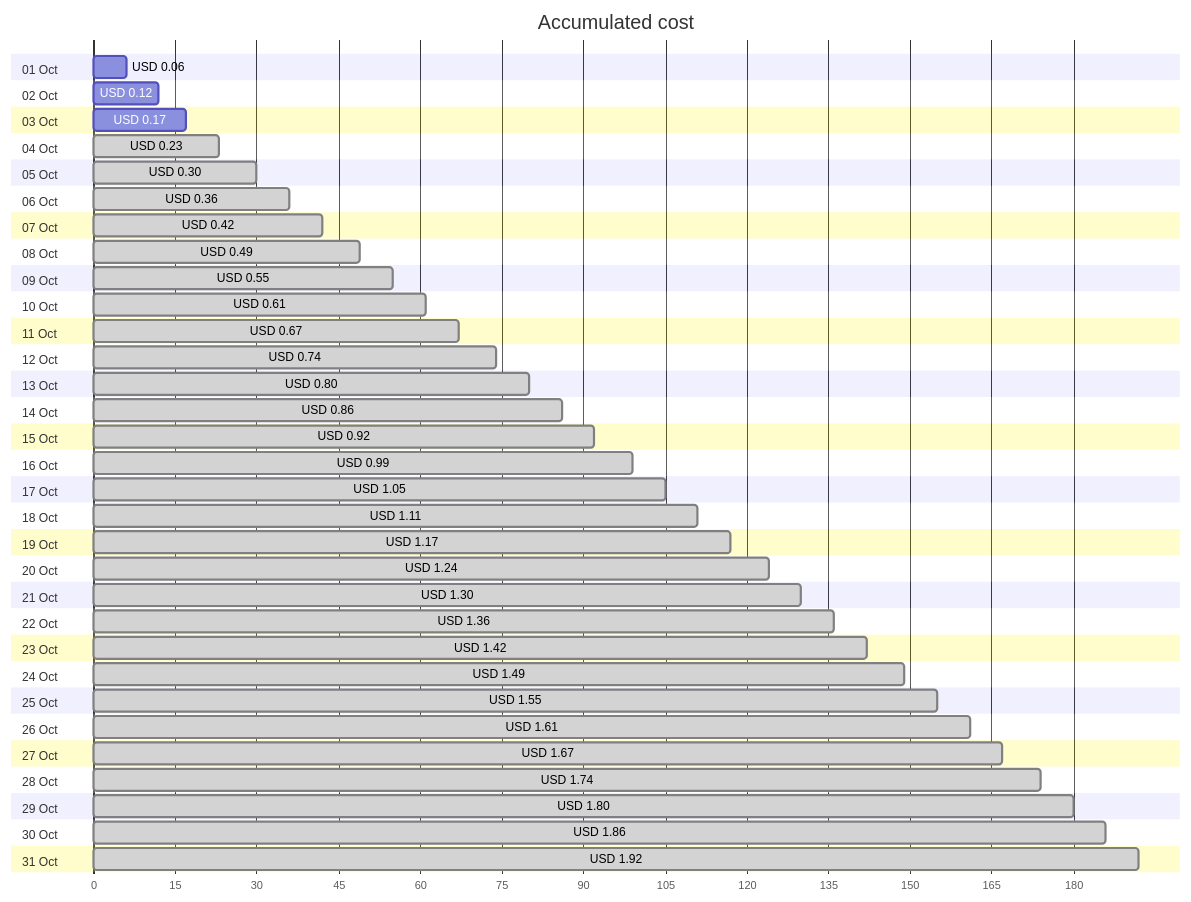
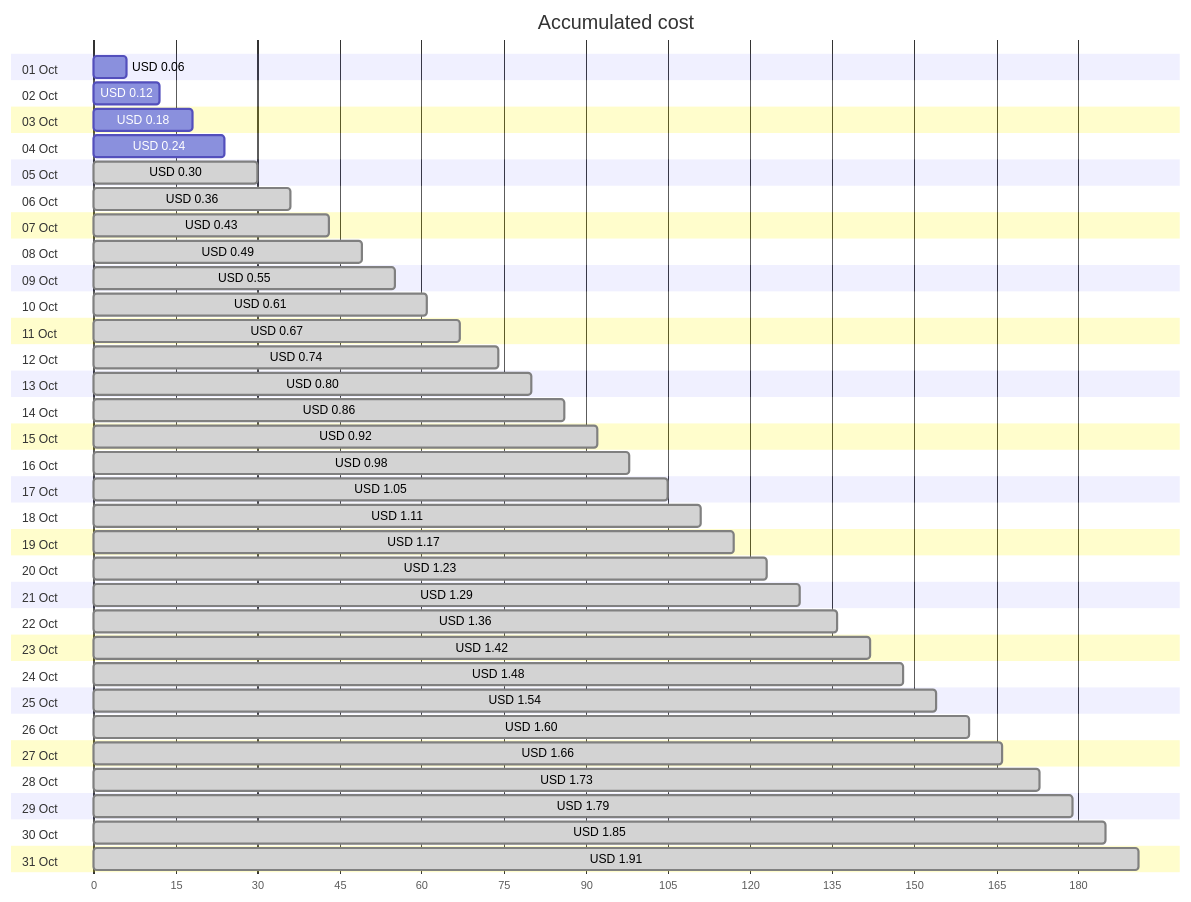
Before and after one commit to jpfulton/azure-personal-reports: the first of 4 diagrams in cost-reports/personal-network/backup-server_OsDisk.md, drawn with Mermaid. The commit also changed other lines of this file and 8 other files, not shown here.

````diff
--- a/cost-reports/personal-network/backup-server_OsDisk.md
+++ b/cost-reports/personal-network/backup-server_OsDisk.md
@@ -20,68 +20,68 @@
 ```mermaid
 gantt
    title Accumulated cost
    dateFormat  X
    axisFormat %s
    section 01 Oct
    USD 0.06 :0, 6
    section 02 Oct
    USD 0.12 :0, 12
    section 03 Oct
-   USD 0.17 :0, 17
+   USD 0.18 :0, 18
    section 04 Oct
-   USD 0.23 : done, 0, 23
+   USD 0.24 :0, 24
    section 05 Oct
    USD 0.30 : done, 0, 30
    section 06 Oct
    USD 0.36 : done, 0, 36
    section 07 Oct
-   USD 0.42 : done, 0, 42
+   USD 0.43 : done, 0, 43
    section 08 Oct
    USD 0.49 : done, 0, 49
    section 09 Oct
    USD 0.55 : done, 0, 55
    section 10 Oct
    USD 0.61 : done, 0, 61
    section 11 Oct
    USD 0.67 : done, 0, 67
    section 12 Oct
    USD 0.74 : done, 0, 74
    section 13 Oct
    USD 0.80 : done, 0, 80
    section 14 Oct
    USD 0.86 : done, 0, 86
    section 15 Oct
    USD 0.92 : done, 0, 92
    section 16 Oct
-   USD 0.99 : done, 0, 99
+   USD 0.98 : done, 0, 98
    section 17 Oct
    USD 1.05 : done, 0, 105
    section 18 Oct
    USD 1.11 : done, 0, 111
    section 19 Oct
    USD 1.17 : done, 0, 117
    section 20 Oct
-   USD 1.24 : done, 0, 124
+   USD 1.23 : done, 0, 123
    section 21 Oct
-   USD 1.30 : done, 0, 130
+   USD 1.29 : done, 0, 129
    section 22 Oct
    USD 1.36 : done, 0, 136
    section 23 Oct
    USD 1.42 : done, 0, 142
    section 24 Oct
-   USD 1.49 : done, 0, 149
+   USD 1.48 : done, 0, 148
    section 25 Oct
-   USD 1.55 : done, 0, 155
+   USD 1.54 : done, 0, 154
    section 26 Oct
-   USD 1.61 : done, 0, 161
+   USD 1.60 : done, 0, 160
    section 27 Oct
-   USD 1.67 : done, 0, 167
+   USD 1.66 : done, 0, 166
    section 28 Oct
-   USD 1.74 : done, 0, 174
+   USD 1.73 : done, 0, 173
    section 29 Oct
-   USD 1.80 : done, 0, 180
+   USD 1.79 : done, 0, 179
    section 30 Oct
-   USD 1.86 : done, 0, 186
+   USD 1.85 : done, 0, 185
    section 31 Oct
-   USD 1.92 : done, 0, 192
+   USD 1.91 : done, 0, 191
 ```
````
